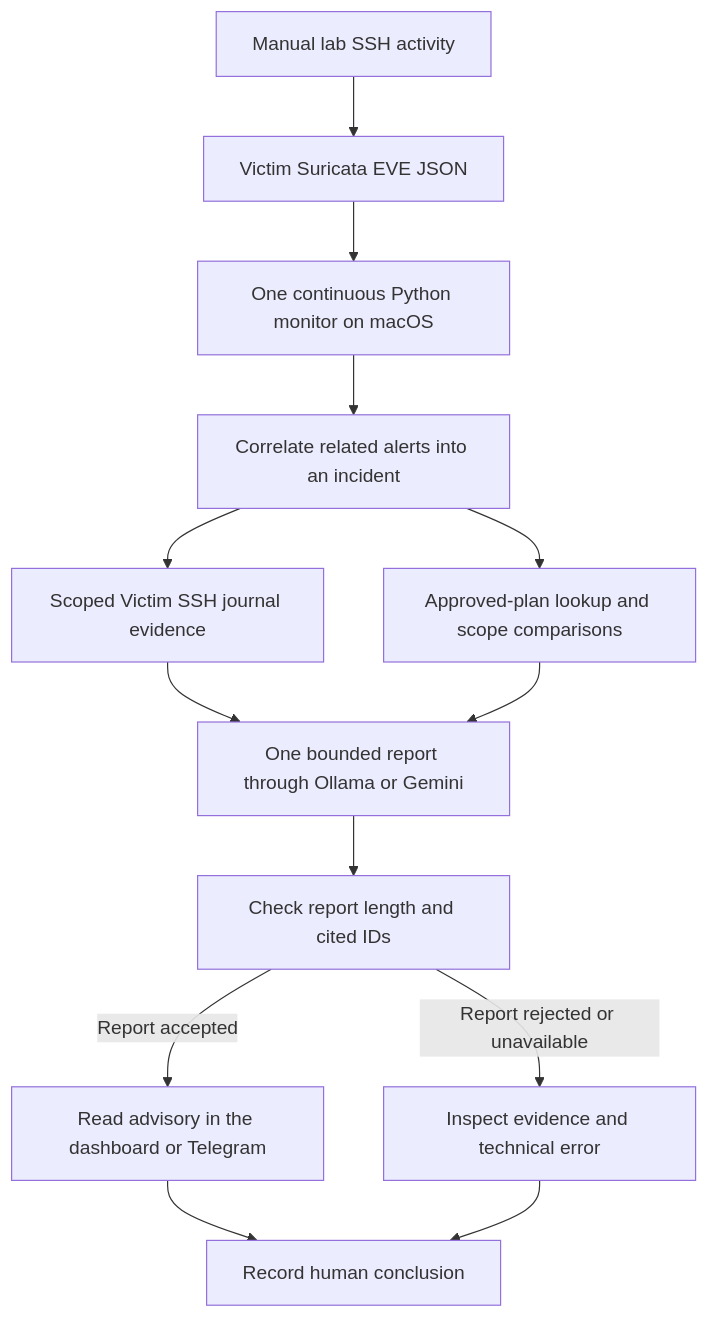
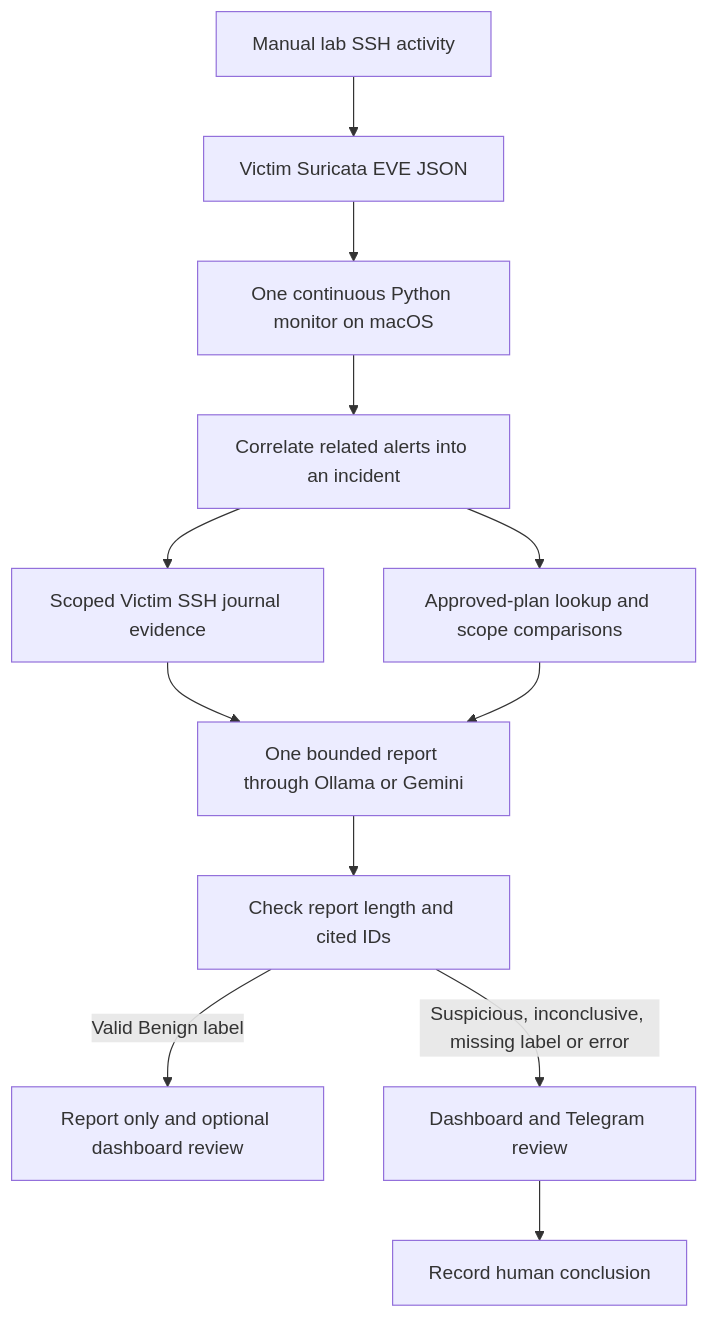
Before and after one commit to mashaojin/soar-investigation-macOS: the first of 2 diagrams in README.md, drawn with Mermaid. The commit also changed other lines of this file and 12 other files, not shown here.

Commit message:
Route benign SSH advisories to report only

````diff
--- a/README.md
+++ b/README.md
@@ -29,15 +29,14 @@
 ```mermaid
 flowchart TD
     A[Manual lab SSH activity] --> B[Victim Suricata EVE JSON]
     B --> C[One continuous Python monitor on macOS]
     C --> D[Correlate related alerts into an incident]
     D --> E[Scoped Victim SSH journal evidence]
     D --> F[Approved-plan lookup and scope comparisons]
     E --> G[One bounded report through Ollama or Gemini]
     F --> G
     G --> H[Check report length and cited IDs]
-    H -->|Report accepted| I[Read advisory in the dashboard or Telegram]
-    H -->|Report rejected or unavailable| J[Inspect evidence and technical error]
-    I --> K[Record human conclusion]
-    J --> K
+    H -->|Valid Benign label| I[Report only and optional dashboard review]
+    H -->|Suspicious, inconclusive, missing label or error| J[Dashboard and Telegram review]
+    J --> K[Record human conclusion]
 ```
````
